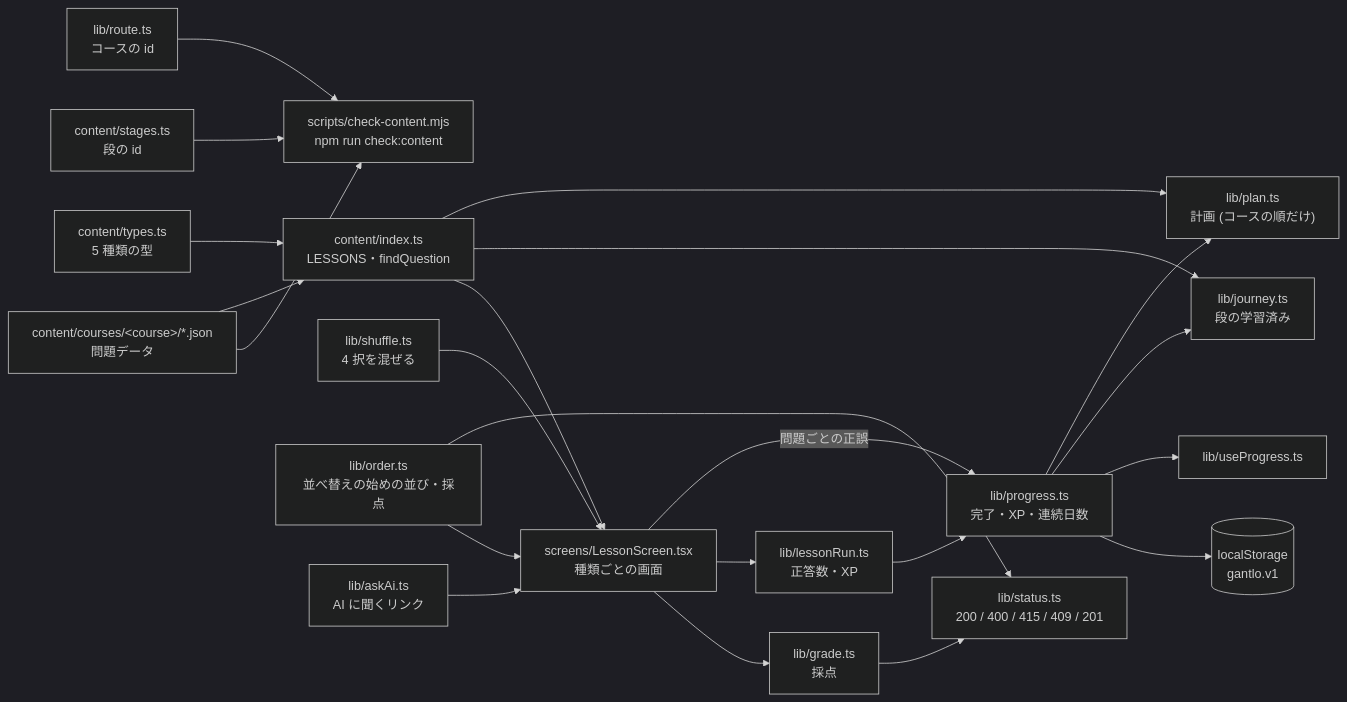
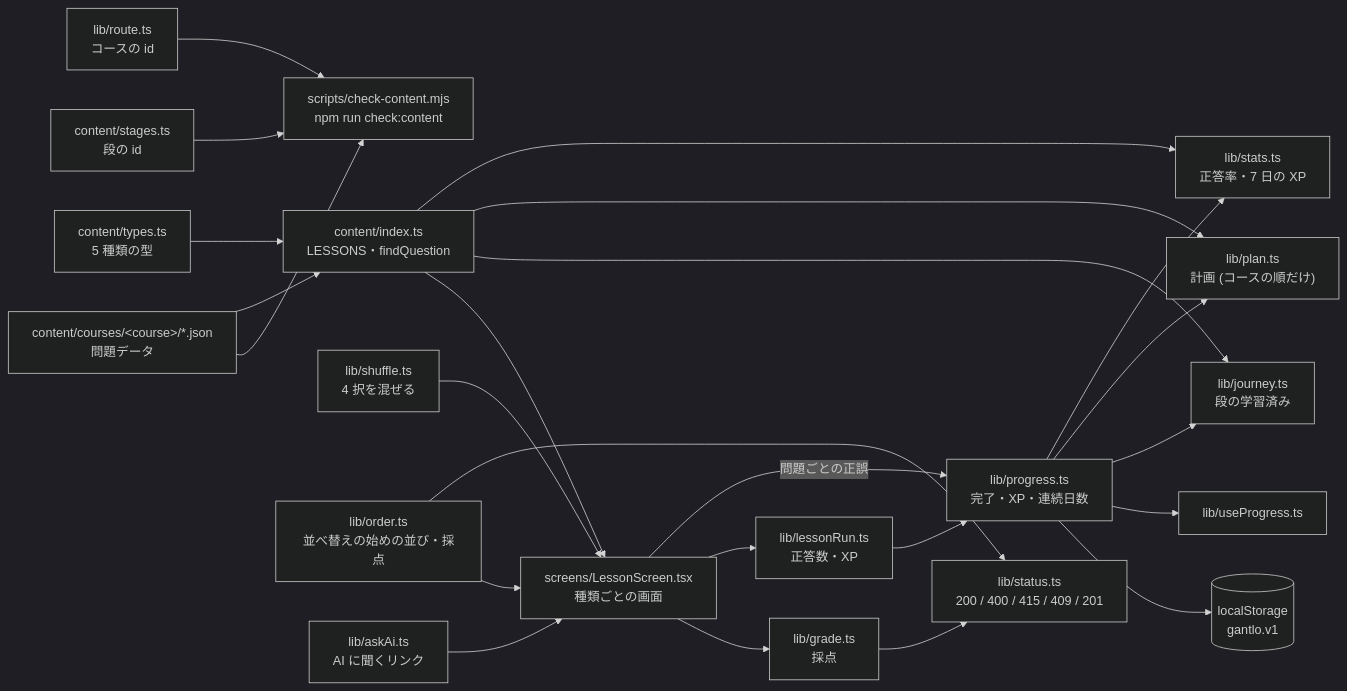
One commit to maco165/gantlo changed the second of 3 diagrams in README.md. Above: the diagram before and after it, drawn with Mermaid (dark theme). The commit also changed other lines of this file and 1 other file, not shown here.

````diff
--- a/README.md
+++ b/README.md
@@ -63,24 +73,26 @@
 ```mermaid
 flowchart LR
   json["content/courses/#lt;course#gt;/*.json<br/>問題データ"] --> check["scripts/check-content.mjs<br/>npm run check:content"]
   stages["content/stages.ts<br/>段の id"] --> check
   courses["lib/route.ts<br/>コースの id"] --> check
   json --> index["content/index.ts<br/>LESSONS・findQuestion"]
   types["content/types.ts<br/>5 種類の型"] --> index
   index --> lesson["screens/LessonScreen.tsx<br/>種類ごとの画面"]
   shuffle["lib/shuffle.ts<br/>4 択を混ぜる"] --> lesson
   order["lib/order.ts<br/>並べ替えの始めの並び・採点"] --> lesson
   ask["lib/askAi.ts<br/>AI に聞くリンク"] --> lesson
   lesson --> grade["lib/grade.ts<br/>採点"]
   grade --> st["lib/status.ts<br/>200 / 400 / 415 / 409 / 201"]
   order --> st
   lesson --> run["lib/lessonRun.ts<br/>正答数・XP"]
   run --> progress["lib/progress.ts<br/>完了・XP・連続日数"]
   lesson -->|問題ごとの正誤| progress
   progress --> ls[("localStorage<br/>gantlo.v1")]
   progress --> hook["lib/useProgress.ts"]
   progress --> journey["lib/journey.ts<br/>段の学習済み"]
   progress --> planlib["lib/plan.ts<br/>計画 (コースの順だけ)"]
   index --> journey
   index --> planlib
+  progress --> statslib["lib/stats.ts<br/>正答率・7 日の XP"]
+  index --> statslib
 ```
````
